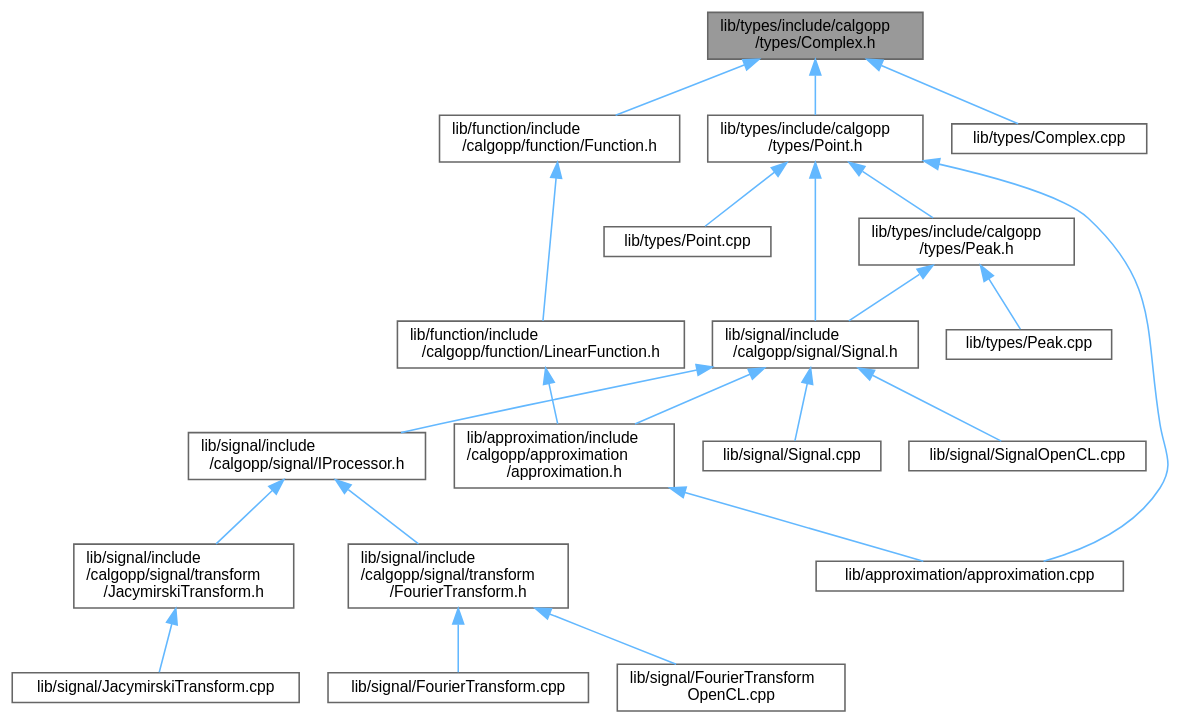
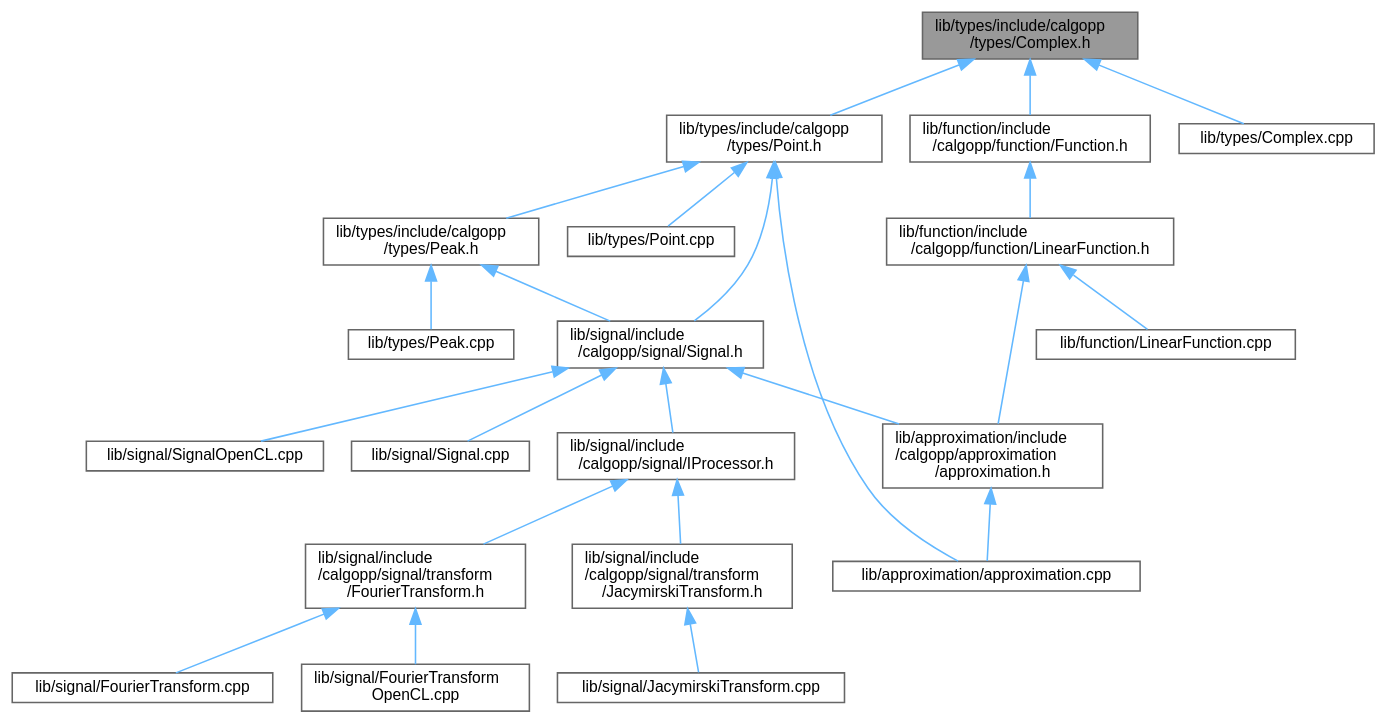
The diagram in Complex_8h__dep__incl.dot (pawelekg95/algopp), drawn with Graphviz before and after one commit. The commit also changed 57 other files, not shown here.

```diff
--- a/Complex_8h__dep__incl.dot
+++ b/Complex_8h__dep__incl.dot
@@ -1,47 +1,49 @@
 digraph "lib/types/include/calgopp/types/Complex.h"
 {
  // LATEX_PDF_SIZE
   bgcolor="transparent";
   edge [fontname=Helvetica,fontsize=10,labelfontname=Helvetica,labelfontsize=10];
   node [fontname=Helvetica,fontsize=10,shape=box,height=0.2,width=0.4];
   Node1 [label="lib/types/include/calgopp\l/types/Complex.h",height=0.2,width=0.4,color="gray40", fillcolor="grey60", style="filled", fontcolor="black",tooltip=" "];
   Node1 -> Node2 [dir="back",color="steelblue1",style="solid"];
   Node2 [label="lib/function/include\l/calgopp/function/Function.h",height=0.2,width=0.4,color="grey40", fillcolor="white", style="filled",URL="$Function_8h.html",tooltip=" "];
   Node2 -> Node3 [dir="back",color="steelblue1",style="solid"];
   Node3 [label="lib/function/include\l/calgopp/function/LinearFunction.h",height=0.2,width=0.4,color="grey40", fillcolor="white", style="filled",URL="$LinearFunction_8h.html",tooltip=" "];
   Node3 -> Node4 [dir="back",color="steelblue1",style="solid"];
   Node4 [label="lib/approximation/include\l/calgopp/approximation\l/approximation.h",height=0.2,width=0.4,color="grey40", fillcolor="white", style="filled",URL="$approximation_8h.html",tooltip=" "];
   Node4 -> Node5 [dir="back",color="steelblue1",style="solid"];
   Node5 [label="lib/approximation/approximation.cpp",height=0.2,width=0.4,color="grey40", fillcolor="white", style="filled",URL="$approximation_8cpp.html",tooltip=" "];
-  Node1 -> Node6 [dir="back",color="steelblue1",style="solid"];
-  Node6 [label="lib/types/Complex.cpp",height=0.2,width=0.4,color="grey40", fillcolor="white", style="filled",URL="$Complex_8cpp.html",tooltip=" "];
+  Node3 -> Node6 [dir="back",color="steelblue1",style="solid"];
+  Node6 [label="lib/function/LinearFunction.cpp",height=0.2,width=0.4,color="grey40", fillcolor="white", style="filled",URL="$LinearFunction_8cpp.html",tooltip=" "];
   Node1 -> Node7 [dir="back",color="steelblue1",style="solid"];
-  Node7 [label="lib/types/include/calgopp\l/types/Point.h",height=0.2,width=0.4,color="grey40", fillcolor="white", style="filled",URL="$Point_8h.html",tooltip=" "];
-  Node7 -> Node5 [dir="back",color="steelblue1",style="solid"];
-  Node7 -> Node8 [dir="back",color="steelblue1",style="solid"];
-  Node8 [label="lib/signal/include\l/calgopp/signal/Signal.h",height=0.2,width=0.4,color="grey40", fillcolor="white", style="filled",URL="$Signal_8h.html",tooltip=" "];
-  Node8 -> Node4 [dir="back",color="steelblue1",style="solid"];
+  Node7 [label="lib/types/Complex.cpp",height=0.2,width=0.4,color="grey40", fillcolor="white", style="filled",URL="$Complex_8cpp.html",tooltip=" "];
+  Node1 -> Node8 [dir="back",color="steelblue1",style="solid"];
+  Node8 [label="lib/types/include/calgopp\l/types/Point.h",height=0.2,width=0.4,color="grey40", fillcolor="white", style="filled",URL="$Point_8h.html",tooltip=" "];
+  Node8 -> Node5 [dir="back",color="steelblue1",style="solid"];
   Node8 -> Node9 [dir="back",color="steelblue1",style="solid"];
-  Node9 [label="lib/signal/Signal.cpp",height=0.2,width=0.4,color="grey40", fillcolor="white", style="filled",URL="$Signal_8cpp.html",tooltip=" "];
-  Node8 -> Node10 [dir="back",color="steelblue1",style="solid"];
-  Node10 [label="lib/signal/SignalOpenCL.cpp",height=0.2,width=0.4,color="grey40", fillcolor="white", style="filled",URL="$SignalOpenCL_8cpp.html",tooltip=" "];
-  Node8 -> Node11 [dir="back",color="steelblue1",style="solid"];
-  Node11 [label="lib/signal/include\l/calgopp/signal/IProcessor.h",height=0.2,width=0.4,color="grey40", fillcolor="white", style="filled",URL="$IProcessor_8h.html",tooltip=" "];
-  Node11 -> Node12 [dir="back",color="steelblue1",style="solid"];
-  Node12 [label="lib/signal/include\l/calgopp/signal/transform\l/FourierTransform.h",height=0.2,width=0.4,color="grey40", fillcolor="white", style="filled",URL="$FourierTransform_8h.html",tooltip=" "];
+  Node9 [label="lib/signal/include\l/calgopp/signal/Signal.h",height=0.2,width=0.4,color="grey40", fillcolor="white", style="filled",URL="$Signal_8h.html",tooltip=" "];
+  Node9 -> Node4 [dir="back",color="steelblue1",style="solid"];
+  Node9 -> Node10 [dir="back",color="steelblue1",style="solid"];
+  Node10 [label="lib/signal/Signal.cpp",height=0.2,width=0.4,color="grey40", fillcolor="white", style="filled",URL="$Signal_8cpp.html",tooltip=" "];
+  Node9 -> Node11 [dir="back",color="steelblue1",style="solid"];
+  Node11 [label="lib/signal/SignalOpenCL.cpp",height=0.2,width=0.4,color="grey40", fillcolor="white", style="filled",URL="$SignalOpenCL_8cpp.html",tooltip=" "];
+  Node9 -> Node12 [dir="back",color="steelblue1",style="solid"];
+  Node12 [label="lib/signal/include\l/calgopp/signal/IProcessor.h",height=0.2,width=0.4,color="grey40", fillcolor="white", style="filled",URL="$IProcessor_8h.html",tooltip=" "];
   Node12 -> Node13 [dir="back",color="steelblue1",style="solid"];
-  Node13 [label="lib/signal/FourierTransform.cpp",height=0.2,width=0.4,color="grey40", fillcolor="white", style="filled",URL="$FourierTransform_8cpp.html",tooltip=" "];
-  Node12 -> Node14 [dir="back",color="steelblue1",style="solid"];
-  Node14 [label="lib/signal/FourierTransform\lOpenCL.cpp",height=0.2,width=0.4,color="grey40", fillcolor="white", style="filled",URL="$FourierTransformOpenCL_8cpp.html",tooltip=" "];
-  Node11 -> Node15 [dir="back",color="steelblue1",style="solid"];
-  Node15 [label="lib/signal/include\l/calgopp/signal/transform\l/JacymirskiTransform.h",height=0.2,width=0.4,color="grey40", fillcolor="white", style="filled",URL="$JacymirskiTransform_8h.html",tooltip=" "];
-  Node15 -> Node16 [dir="back",color="steelblue1",style="solid"];
-  Node16 [label="lib/signal/JacymirskiTransform.cpp",height=0.2,width=0.4,color="grey40", fillcolor="white", style="filled",URL="$JacymirskiTransform_8cpp.html",tooltip=" "];
-  Node7 -> Node17 [dir="back",color="steelblue1",style="solid"];
-  Node17 [label="lib/types/Point.cpp",height=0.2,width=0.4,color="grey40", fillcolor="white", style="filled",URL="$Point_8cpp.html",tooltip=" "];
-  Node7 -> Node18 [dir="back",color="steelblue1",style="solid"];
-  Node18 [label="lib/types/include/calgopp\l/types/Peak.h",height=0.2,width=0.4,color="grey40", fillcolor="white", style="filled",URL="$Peak_8h.html",tooltip=" "];
-  Node18 -> Node8 [dir="back",color="steelblue1",style="solid"];
-  Node18 -> Node19 [dir="back",color="steelblue1",style="solid"];
-  Node19 [label="lib/types/Peak.cpp",height=0.2,width=0.4,color="grey40", fillcolor="white", style="filled",URL="$Peak_8cpp.html",tooltip=" "];
+  Node13 [label="lib/signal/include\l/calgopp/signal/transform\l/FourierTransform.h",height=0.2,width=0.4,color="grey40", fillcolor="white", style="filled",URL="$FourierTransform_8h.html",tooltip=" "];
+  Node13 -> Node14 [dir="back",color="steelblue1",style="solid"];
+  Node14 [label="lib/signal/FourierTransform.cpp",height=0.2,width=0.4,color="grey40", fillcolor="white", style="filled",URL="$FourierTransform_8cpp.html",tooltip=" "];
+  Node13 -> Node15 [dir="back",color="steelblue1",style="solid"];
+  Node15 [label="lib/signal/FourierTransform\lOpenCL.cpp",height=0.2,width=0.4,color="grey40", fillcolor="white", style="filled",URL="$FourierTransformOpenCL_8cpp.html",tooltip=" "];
+  Node12 -> Node16 [dir="back",color="steelblue1",style="solid"];
+  Node16 [label="lib/signal/include\l/calgopp/signal/transform\l/JacymirskiTransform.h",height=0.2,width=0.4,color="grey40", fillcolor="white", style="filled",URL="$JacymirskiTransform_8h.html",tooltip=" "];
+  Node16 -> Node17 [dir="back",color="steelblue1",style="solid"];
+  Node17 [label="lib/signal/JacymirskiTransform.cpp",height=0.2,width=0.4,color="grey40", fillcolor="white", style="filled",URL="$JacymirskiTransform_8cpp.html",tooltip=" "];
+  Node8 -> Node18 [dir="back",color="steelblue1",style="solid"];
+  Node18 [label="lib/types/Point.cpp",height=0.2,width=0.4,color="grey40", fillcolor="white", style="filled",URL="$Point_8cpp.html",tooltip=" "];
+  Node8 -> Node19 [dir="back",color="steelblue1",style="solid"];
+  Node19 [label="lib/types/include/calgopp\l/types/Peak.h",height=0.2,width=0.4,color="grey40", fillcolor="white", style="filled",URL="$Peak_8h.html",tooltip=" "];
+  Node19 -> Node9 [dir="back",color="steelblue1",style="solid"];
+  Node19 -> Node20 [dir="back",color="steelblue1",style="solid"];
+  Node20 [label="lib/types/Peak.cpp",height=0.2,width=0.4,color="grey40", fillcolor="white", style="filled",URL="$Peak_8cpp.html",tooltip=" "];
 }
```
